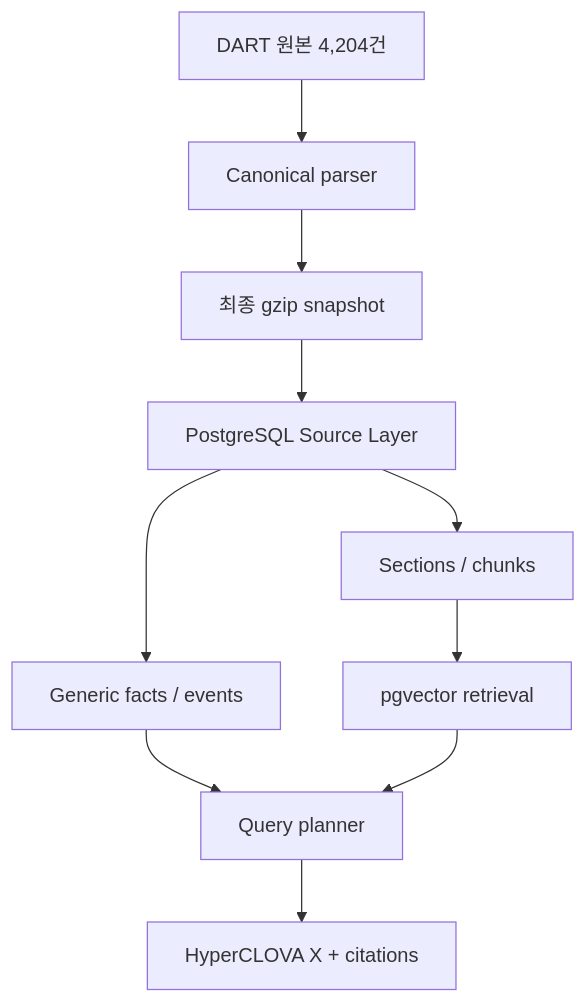
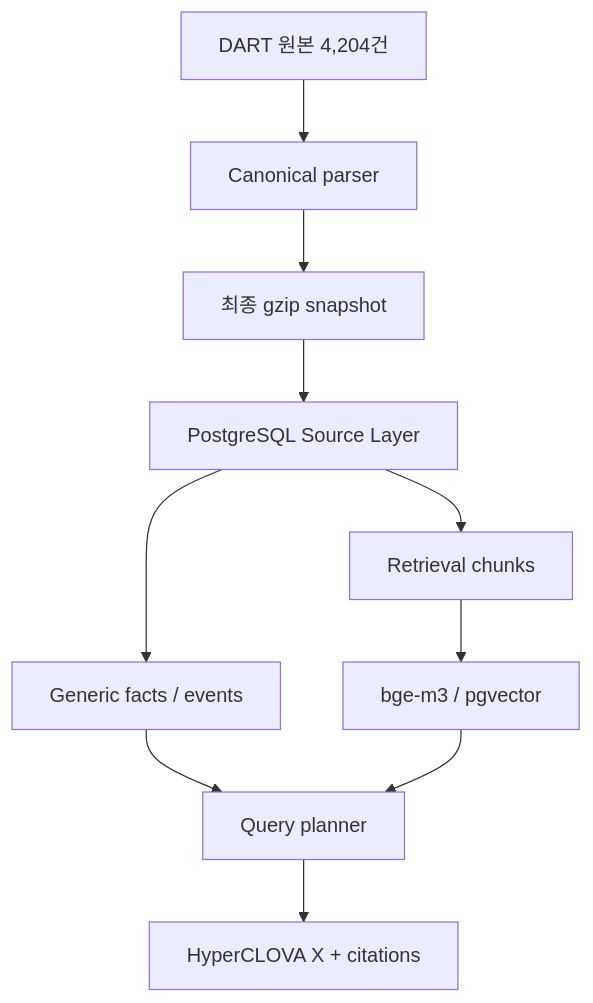
One commit to SOSO-0304/disclosure-analyst-agent changed the diagram in README.md. Above: the diagram before and after it, drawn with Mermaid. The commit also changed other lines of this file and 8 other files, not shown here.

````diff
--- a/README.md
+++ b/README.md
@@ -42,12 +43,12 @@
 ```mermaid
 flowchart TD
     A["DART 원본 4,204건"] --> B["Canonical parser"]
     B --> C["최종 gzip snapshot"]
     C --> D["PostgreSQL Source Layer"]
     D --> E["Generic facts / events"]
-    D --> F["Sections / chunks"]
-    F --> G["pgvector retrieval"]
+    D --> F["Retrieval chunks"]
+    F --> G["bge-m3 / pgvector"]
     E --> H["Query planner"]
     G --> H
     H --> I["HyperCLOVA X + citations"]
 ```
````
